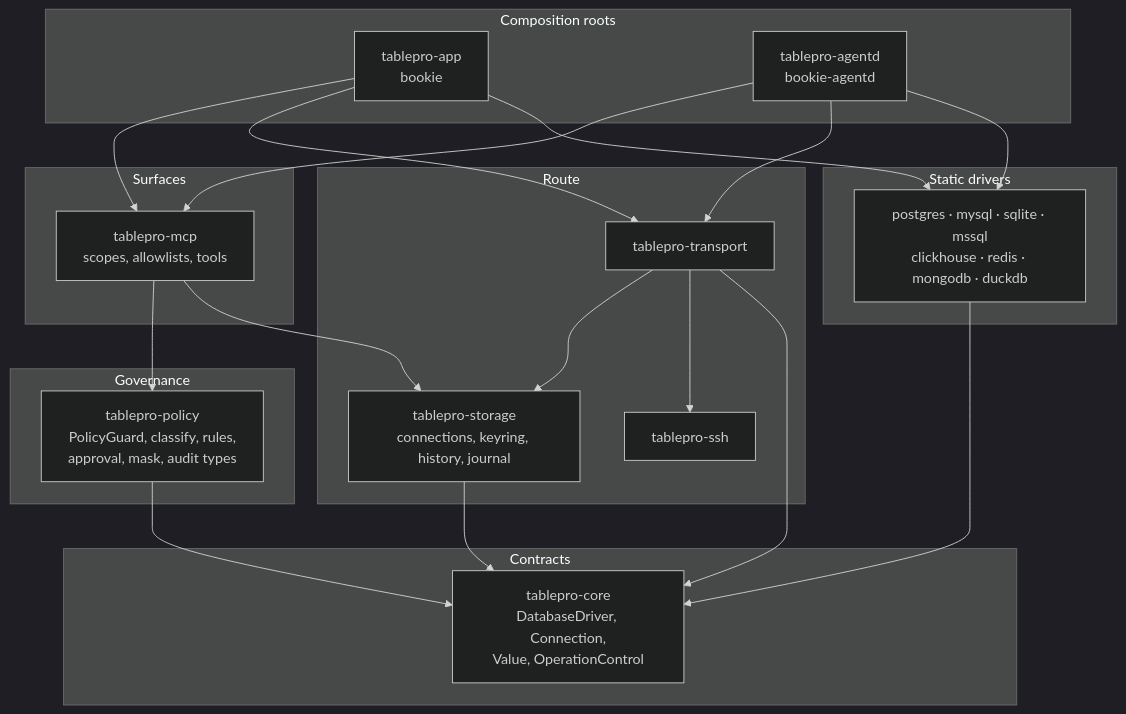
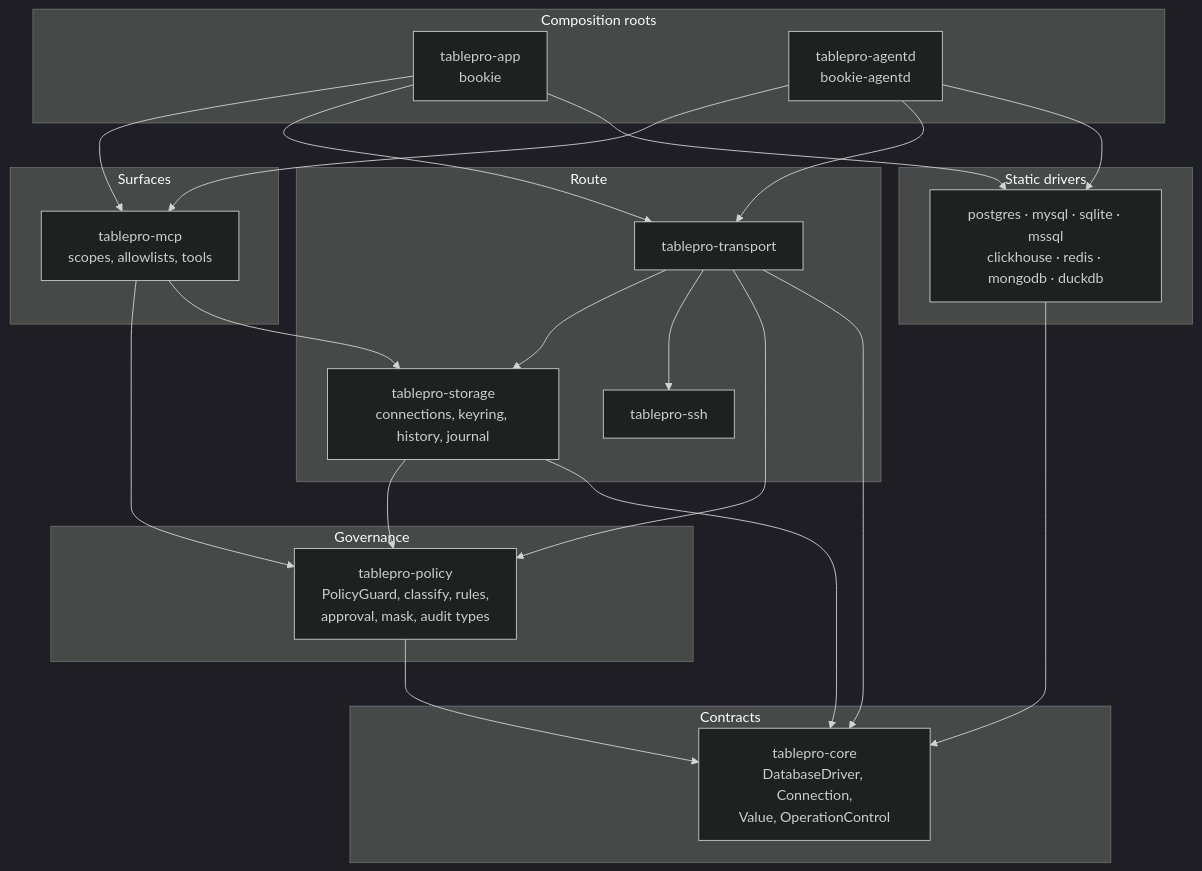
The second of 5 diagrams in ARCHITECTURE.md (TableProApp/TablePro), drawn with Mermaid (dark theme) before and after one commit. The commit also changed other lines of this file and 16 other files, not shown here.

````diff
--- a/ARCHITECTURE.md
+++ b/ARCHITECTURE.md
@@ -76,44 +76,46 @@
 ```mermaid
 flowchart TB
     subgraph roots["Composition roots"]
         app["tablepro-app<br/>bookie"]
         agentd["tablepro-agentd<br/>bookie-agentd"]
     end
 
     subgraph surfaces["Surfaces"]
         mcp["tablepro-mcp<br/>scopes, allowlists, tools"]
     end
 
     subgraph governance["Governance"]
         policy["tablepro-policy<br/>PolicyGuard, classify, rules,<br/>approval, mask, audit types"]
     end
 
     subgraph route["Route"]
         transport["tablepro-transport"]
         ssh["tablepro-ssh"]
         storage["tablepro-storage<br/>connections, keyring, history, journal"]
     end
 
     subgraph contracts["Contracts"]
         core["tablepro-core<br/>DatabaseDriver, Connection,<br/>Value, OperationControl"]
     end
 
     subgraph drivers["Static drivers"]
         drv["postgres · mysql · sqlite · mssql<br/>clickhouse · redis · mongodb · duckdb"]
     end
 
     app --> mcp
     agentd --> mcp
     app --> transport
     agentd --> transport
     mcp --> policy
     mcp --> storage
     transport --> storage
     transport --> ssh
+    transport --> policy
     transport --> core
     policy --> core
+    storage --> policy
     storage --> core
     drv --> core
     app --> drv
     agentd --> drv
 ```
````
